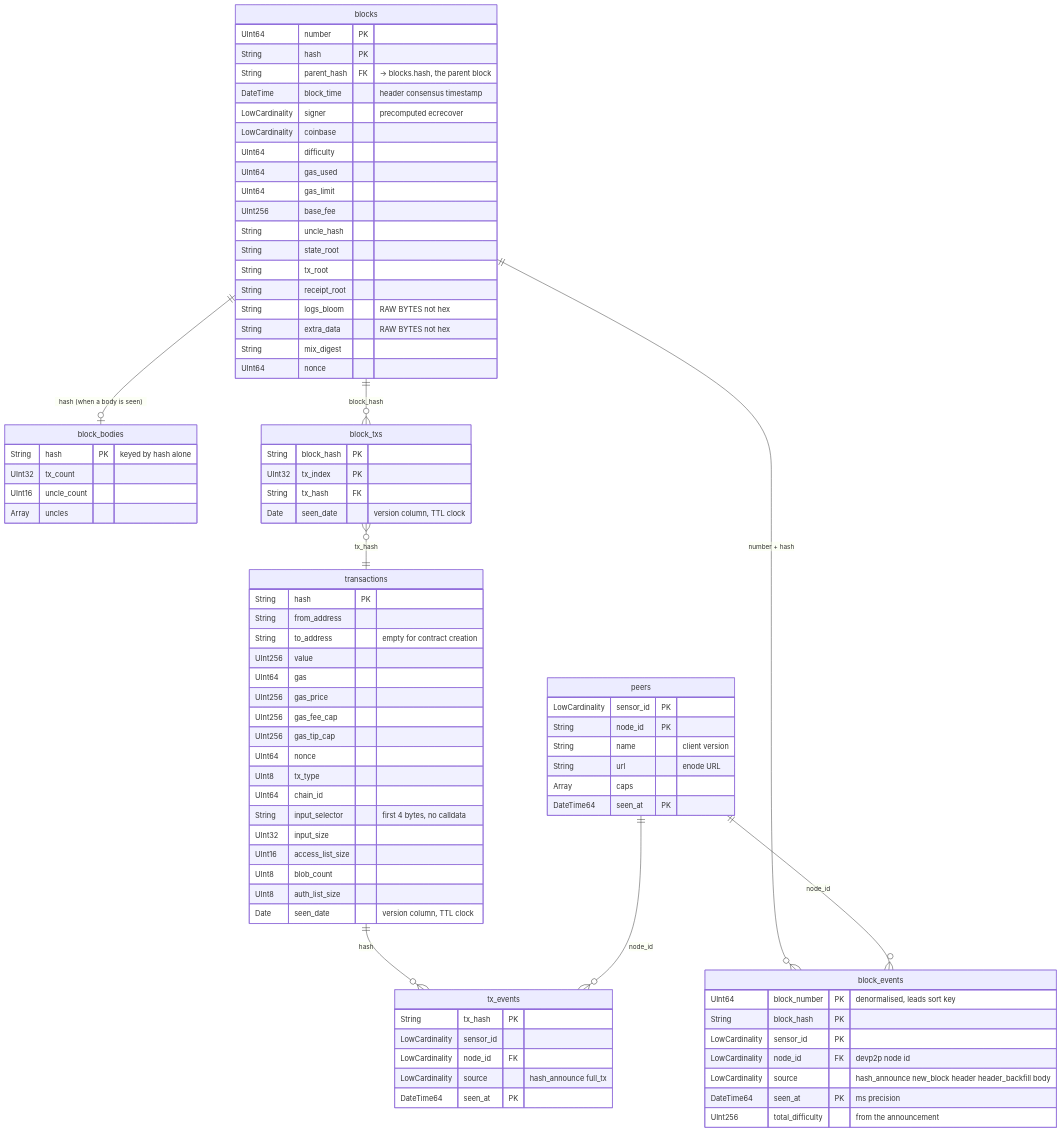
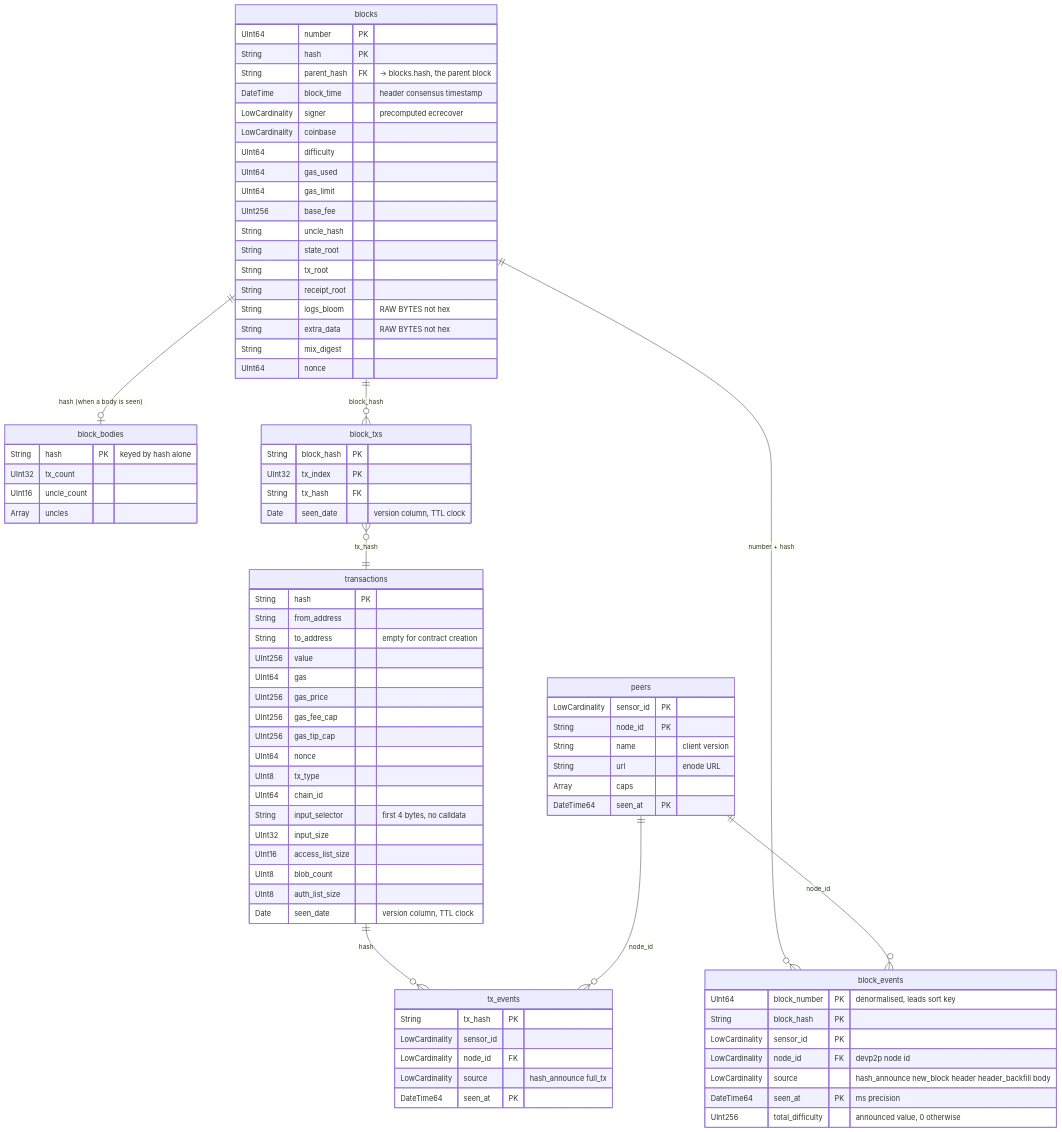
The first of 3 diagrams in cmd/p2p/sensor/clickhouse.md (0xPolygon/polygon-cli), drawn with Mermaid before and after one commit. The commit also changed other lines of this file and 2 other files, not shown here.

First line of the commit message:
fix(p2p/sensor): write total_difficulty to its own forever table

```diff
--- a/cmd/p2p/sensor/clickhouse.md
+++ b/cmd/p2p/sensor/clickhouse.md
@@ -100,7 +100,7 @@
         LowCardinality node_id FK "devp2p node id"
         LowCardinality source "hash_announce new_block header header_backfill body"
         DateTime64 seen_at PK "ms precision"
-        UInt256 total_difficulty "from the announcement"
+        UInt256 total_difficulty "announced value, 0 otherwise"
     }
 
     tx_events {
```
